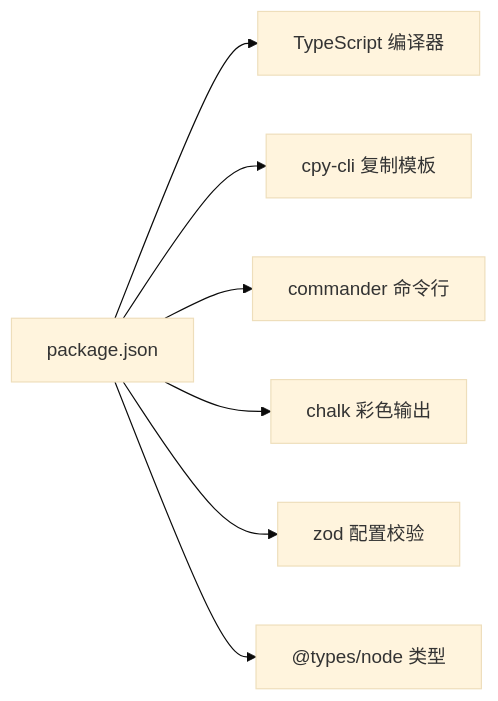
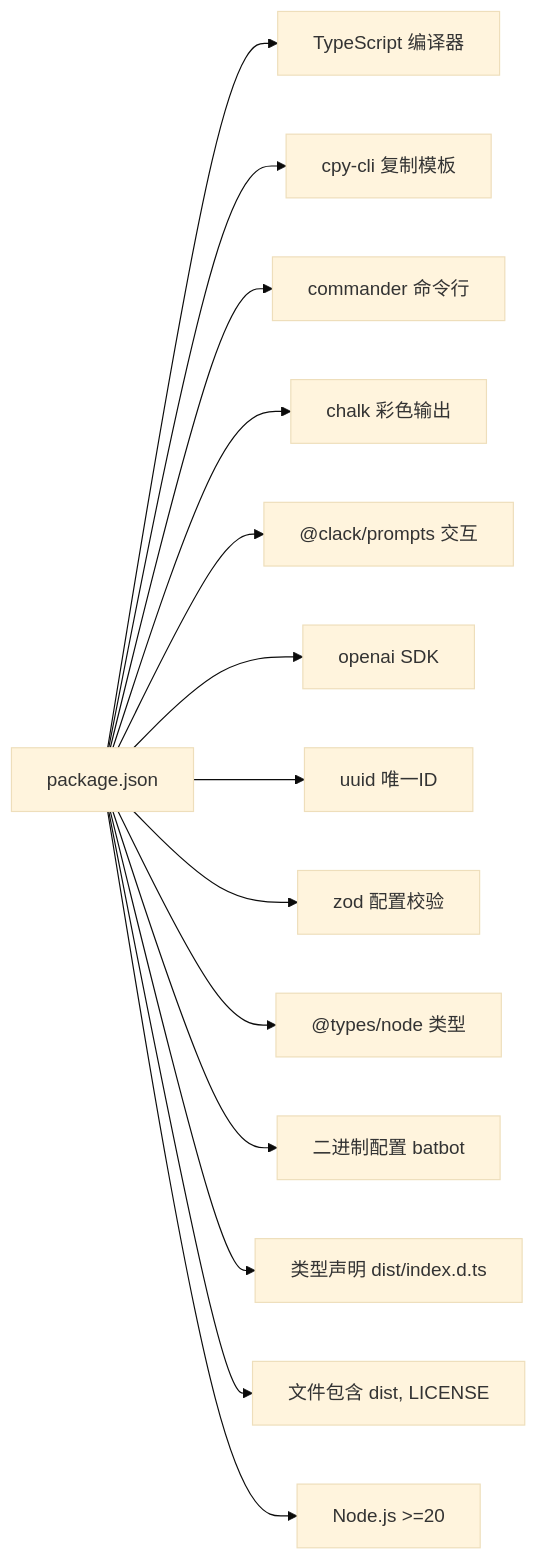
Before and after one commit to neciszhang/batbot: the ninth of 9 diagrams in .qoder/repowiki/zh/content/开发者指南/开发者指南.md, drawn with Mermaid (base theme). The commit also changed other lines of this file and 4 other files, not shown here.

````diff
--- a/.qoder/repowiki/zh/content/开发者指南/开发者指南.md
+++ b/.qoder/repowiki/zh/content/开发者指南/开发者指南.md
@@ -403,9 +407,16 @@
 ```mermaid
 graph LR
 P["package.json"] --> TS["TypeScript 编译器"]
 P --> CPY["cpy-cli 复制模板"]
 P --> CMDR["commander 命令行"]
 P --> CHALK["chalk 彩色输出"]
+P --> CLACK["@clack/prompts 交互"]
+P --> OPENAI["openai SDK"]
+P --> UUID["uuid 唯一ID"]
 P --> ZOD["zod 配置校验"]
 P --> NODETYPES["@types/node 类型"]
+P --> BIN["二进制配置 batbot"]
+P --> TYPES["类型声明 dist/index.d.ts"]
+P --> FILES["文件包含 dist, LICENSE"]
+P --> ENGINES["Node.js >=20"]
 ```
````
